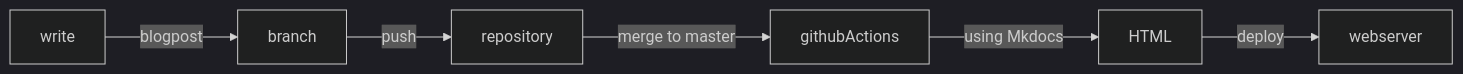
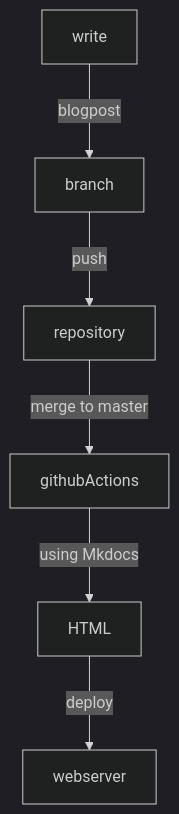
The diagram in docs/blog/posts/this-blog.md (b1tray3r/alexander.boragardt.me), drawn with Mermaid before and after one commit. The commit also changed other lines of this file, not shown here.

````diff
--- a/docs/blog/posts/this-blog.md
+++ b/docs/blog/posts/this-blog.md
@@ -92,9 +94,9 @@
 ```mermaid
-flowchart LR
+flowchart TD
 %%{init: {'theme': 'dark', 'flowchart' : {'width': '100%', 'defaultRenderer': 'elk'}}}%%
   write -- blogpost --> branch
   branch -- push --> repository
   repository -- merge to master --> githubActions
   githubActions -- using Mkdocs --> HTML
   HTML -- deploy --> webserver
 ```
````
